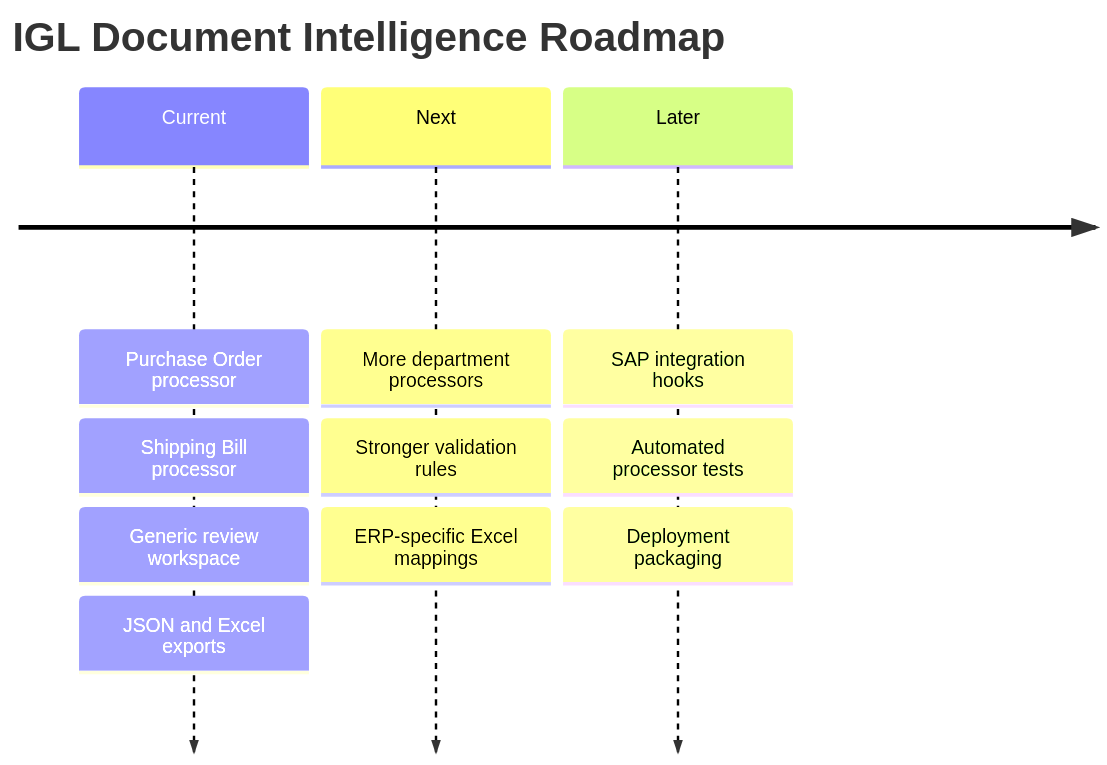
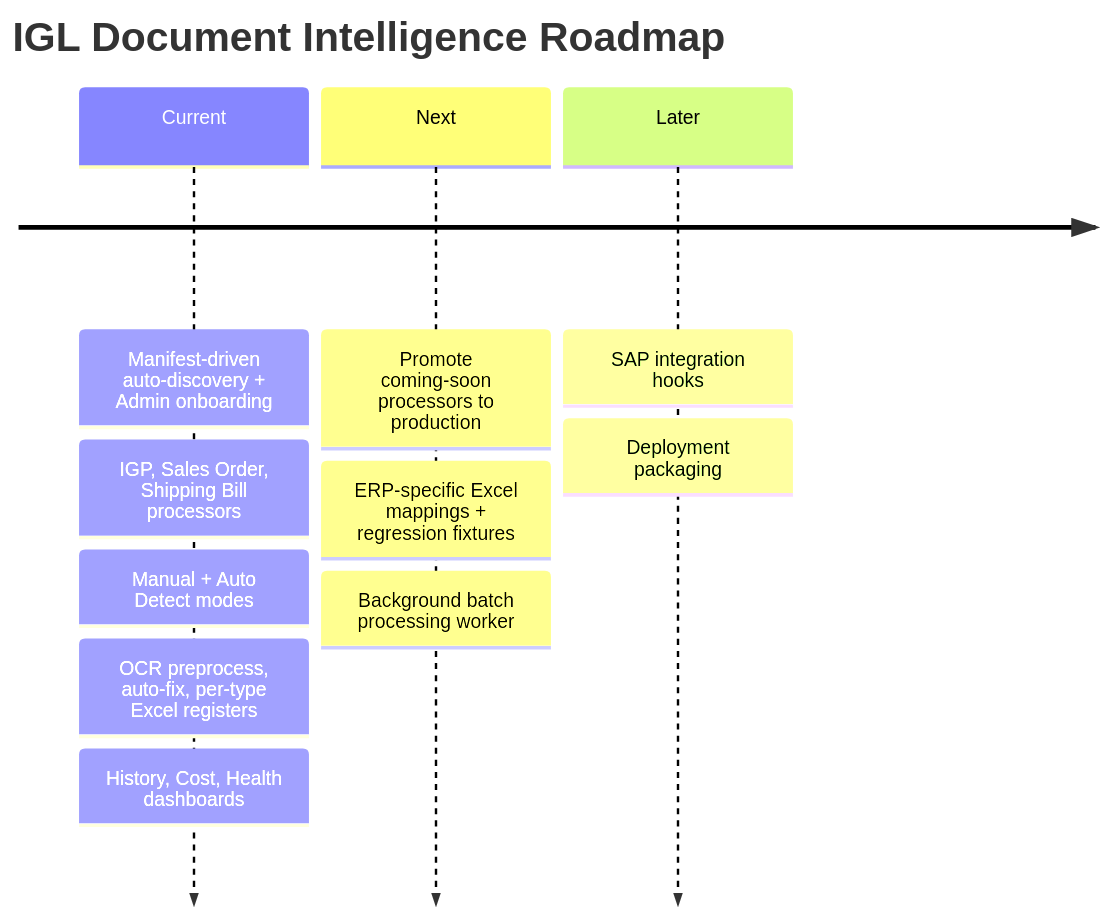
The fourth of 4 diagrams in README.md (rajtripathi05/igl-document-intelligence), drawn with Mermaid before and after one commit. The commit also changed other lines of this file and 44 other files, not shown here.

````diff
--- a/README.md
+++ b/README.md
@@ -427,17 +452,17 @@
 ```mermaid
 timeline
     title IGL Document Intelligence Roadmap
     Current
-      : Purchase Order processor
-      : Shipping Bill processor
-      : Generic review workspace
-      : JSON and Excel exports
+      : Manifest-driven auto-discovery + Admin onboarding
+      : IGP, Sales Order, Shipping Bill processors
+      : Manual + Auto Detect modes
+      : OCR preprocess, auto-fix, per-type Excel registers
+      : History, Cost, Health dashboards
     Next
-      : More department processors
-      : Stronger validation rules
-      : ERP-specific Excel mappings
+      : Promote coming-soon processors to production
+      : ERP-specific Excel mappings + regression fixtures
+      : Background batch processing worker
     Later
       : SAP integration hooks
-      : Automated processor tests
       : Deployment packaging
 ```
````
